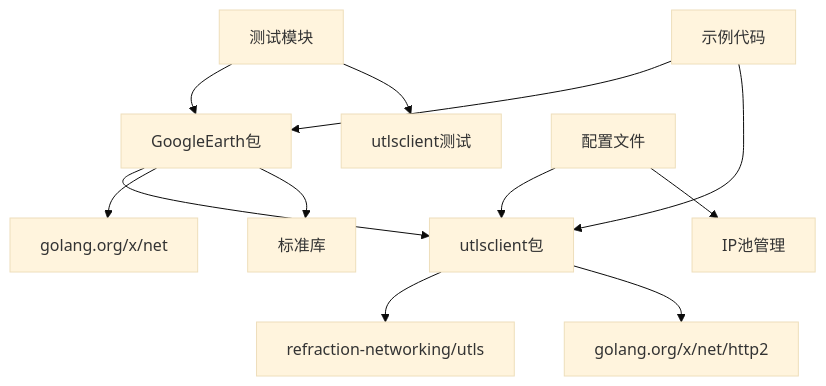
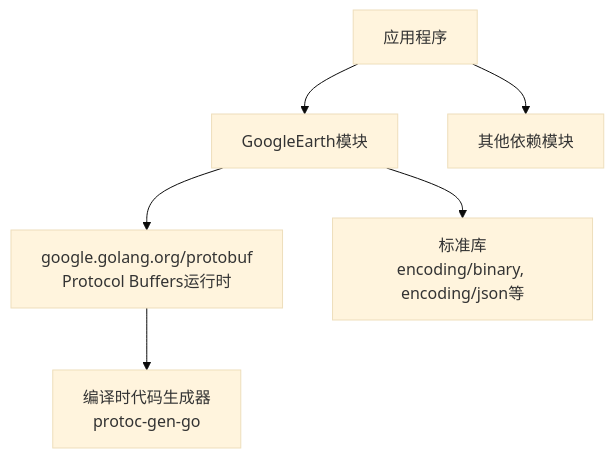
One commit to vistone/crawler-platform changed the fifth of 5 diagrams in .qoder/repowiki/zh/content/核心功能/Google Earth 用户代理.md. Above: the diagram before and after it, drawn with Mermaid (base theme). The commit also changed other lines of this file and 40 other files, not shown here.

````diff
--- a/.qoder/repowiki/zh/content/核心功能/Google Earth 用户代理.md
+++ b/.qoder/repowiki/zh/content/核心功能/Google Earth 用户代理.md
@@ -271,14 +239,8 @@
 ```mermaid
 graph TD
-A[GoogleEarth包] --> B[utlsclient包]
-A --> C[golang.org/x/net]
-A --> D[标准库]
-B --> E[refraction-networking/utls]
-B --> F[golang.org/x/net/http2]
-G[测试模块] --> A
-G --> H[utlsclient测试]
-I[示例代码] --> A
-I --> B
-J[配置文件] --> B
-J --> K[IP池管理]
+A[GoogleEarth模块] --> B[google.golang.org/protobuf<br/>Protocol Buffers运行时]
+A --> C[标准库<br/>encoding/binary, encoding/json等]
+B --> D[编译时代码生成器<br/>protoc-gen-go]
+E[应用程序] --> A
+E --> F[其他依赖模块]
 ```
````
